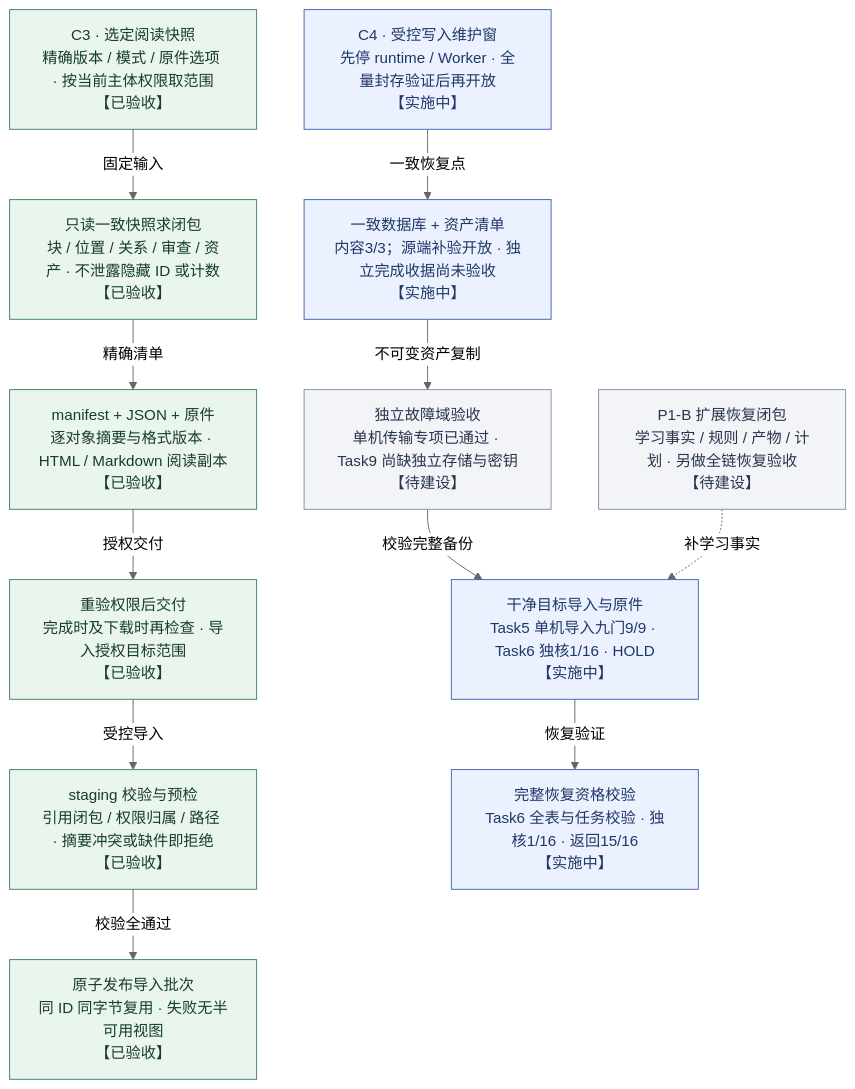
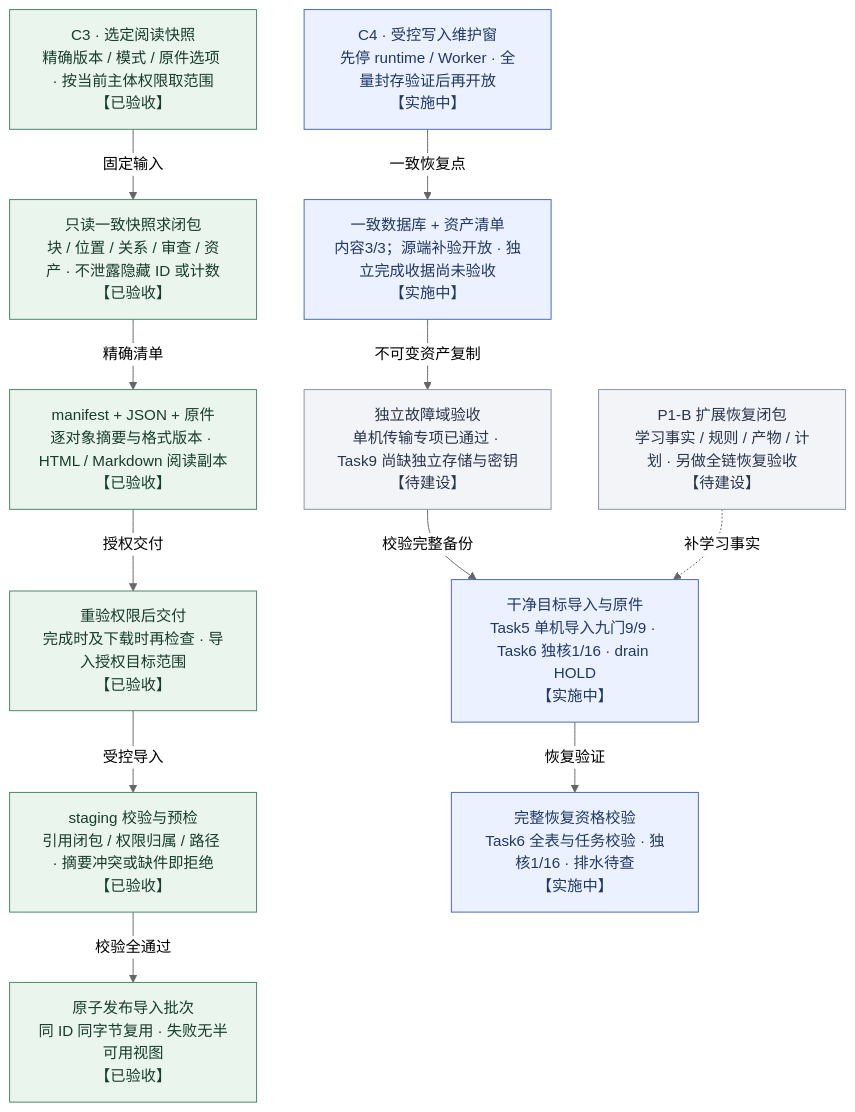
The diagram in docs/diagrams/knowweave-portability.mmd (MansurnamedZhang/learning-system-p0c4), drawn with Mermaid (neutral theme) before and after one commit. The commit also changed 8 other files, not shown here.

Commit message:
docs(task6): record drain-session evidence and preserve open acceptance

```diff
--- a/docs/diagrams/knowweave-portability.mmd
+++ b/docs/diagrams/knowweave-portability.mmd
@@ -1,30 +1,30 @@
 flowchart TB
     view["C3 · 选定阅读快照<br/>精确版本 / 模式 / 原件选项 · 按当前主体权限取范围<br/>【已验收】"]
     closure["只读一致快照求闭包<br/>块 / 位置 / 关系 / 审查 / 资产 · 不泄露隐藏 ID 或计数<br/>【已验收】"]
     bundle["manifest + JSON + 原件<br/>逐对象摘要与格式版本 · HTML / Markdown 阅读副本<br/>【已验收】"]
     visible["原子发布导入批次<br/>同 ID 同字节复用 · 失败无半可用视图<br/>【已验收】"]
     preflight["staging 校验与预检<br/>引用闭包 / 权限归属 / 路径 · 摘要冲突或缺件即拒绝<br/>【已验收】"]
     delivery["重验权限后交付<br/>完成时及下载时再检查 · 导入授权目标范围<br/>【已验收】"]
     pause["C4 · 受控写入维护窗<br/>先停 runtime / Worker · 全量封存验证后再开放<br/>【实施中】"]
     backup["一致数据库 + 资产清单<br/>内容3/3；源端补验开放 · 独立完成收据尚未验收<br/>【实施中】"]
     copy["独立故障域验收<br/>单机传输专项已通过 · Task9 尚缺独立存储与密钥<br/>【待建设】"]
-    check["完整恢复资格校验<br/>Task6 全表与任务校验 · 独核1/16 · 返回15/16<br/>【实施中】"]
-    restore["干净目标导入与原件<br/>Task5 单机导入九门9/9 · Task6 独核1/16 · HOLD<br/>【实施中】"]
+    check["完整恢复资格校验<br/>Task6 全表与任务校验 · 独核1/16 · 排水待查<br/>【实施中】"]
+    restore["干净目标导入与原件<br/>Task5 单机导入九门9/9 · Task6 独核1/16 · drain HOLD<br/>【实施中】"]
     future["P1-B 扩展恢复闭包<br/>学习事实 / 规则 / 产物 / 计划 · 另做全链恢复验收<br/>【待建设】"]
     view -- "固定输入" --> closure
     closure -- "精确清单" --> bundle
     bundle -- "授权交付" --> delivery
     delivery -- "受控导入" --> preflight
     preflight -- "校验全通过" --> visible
     pause -- "一致恢复点" --> backup
     backup -- "不可变资产复制" --> copy
     copy -- "校验完整备份" --> restore
     restore -- "恢复验证" --> check
     future -. "补学习事实" .-> restore
     class view,closure,bundle,visible,preflight,delivery done
     class pause,backup,check,restore next
     class copy,future planned
     classDef done fill:#eaf5ee,stroke:#438363,color:#173d2b
     classDef next fill:#ebf1ff,stroke:#4365b4,color:#203866
     classDef planned fill:#f2f4f8,stroke:#8591a3,color:#28354b
     classDef optional fill:#f3ecfb,stroke:#9271b0,color:#4a3362
```
